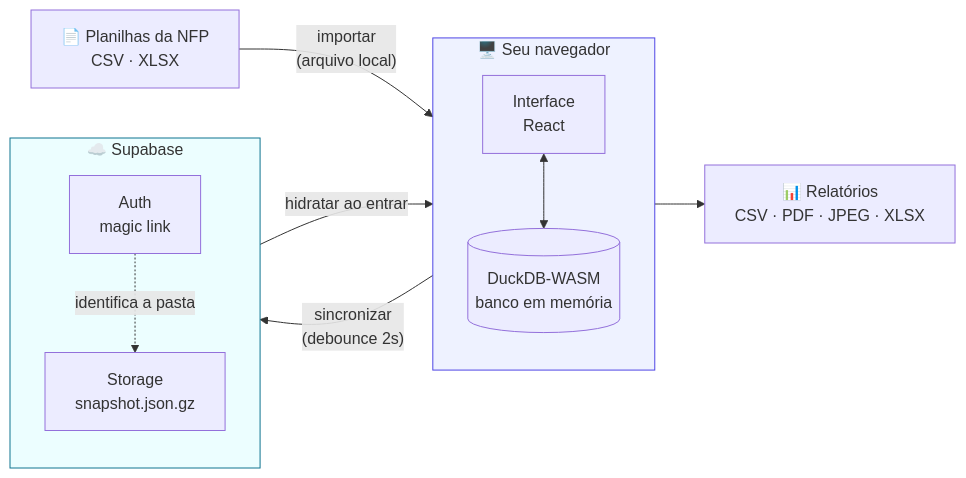
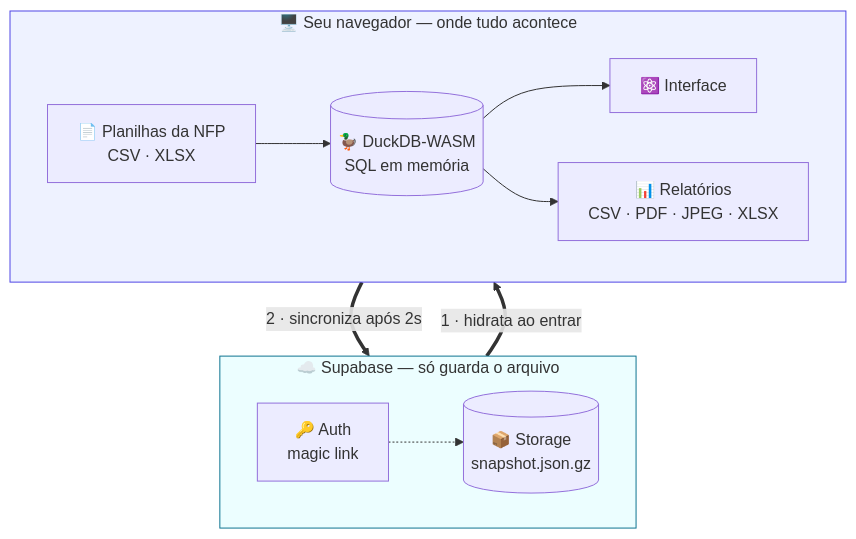
Before and after one commit to LPac1n1/notar: the first of 4 diagrams in README.md, drawn with Mermaid. The commit also changed 8 other files, not shown here.

````diff
--- a/README.md
+++ b/README.md
@@ -65,24 +65,22 @@
 ```mermaid
-flowchart LR
-    subgraph browser["🖥️ Seu navegador"]
-        direction TB
-        UI["Interface<br/>React"]
-        DB[("DuckDB-WASM<br/>banco em memória")]
-        UI <--> DB
+flowchart TB
+    subgraph nuvem["☁️ Supabase — só guarda o arquivo"]
+        direction LR
+        AUTH["🔑 Auth<br/>magic link"]
+        BLOB[("📦 Storage<br/>snapshot.json.gz")]
+        AUTH -.-> BLOB
     end
 
-    subgraph nuvem["☁️ Supabase"]
-        direction TB
-        AUTH["Auth<br/>magic link"]
-        BLOB["Storage<br/>snapshot.json.gz"]
+    subgraph browser["🖥️ Seu navegador — onde tudo acontece"]
+        direction LR
+        PLAN["📄 Planilhas da NFP<br/>CSV · XLSX"] --> DB
+        DB[("🦆 DuckDB-WASM<br/>SQL em memória")] --> UI["⚛️ Interface"]
+        DB --> OUT["📊 Relatórios<br/>CSV · PDF · JPEG · XLSX"]
     end
 
-    PLAN["📄 Planilhas da NFP<br/>CSV · XLSX"] -->|"importar<br/>(arquivo local)"| DB
-    BLOB -->|"hidratar ao entrar"| DB
-    DB -->|"sincronizar<br/>(debounce 2s)"| BLOB
-    AUTH -.->|"identifica a pasta"| BLOB
-    DB --> OUT["📊 Relatórios<br/>CSV · PDF · JPEG · XLSX"]
+    BLOB ==> |"1 · hidrata ao entrar"| DB
+    DB ==> |"2 · sincroniza após 2s"| BLOB
 
+    style nuvem fill:#ecfeff,stroke:#0e7490
     style browser fill:#eef2ff,stroke:#4f46e5
-    style nuvem fill:#ecfeff,stroke:#0e7490
 ```
````
